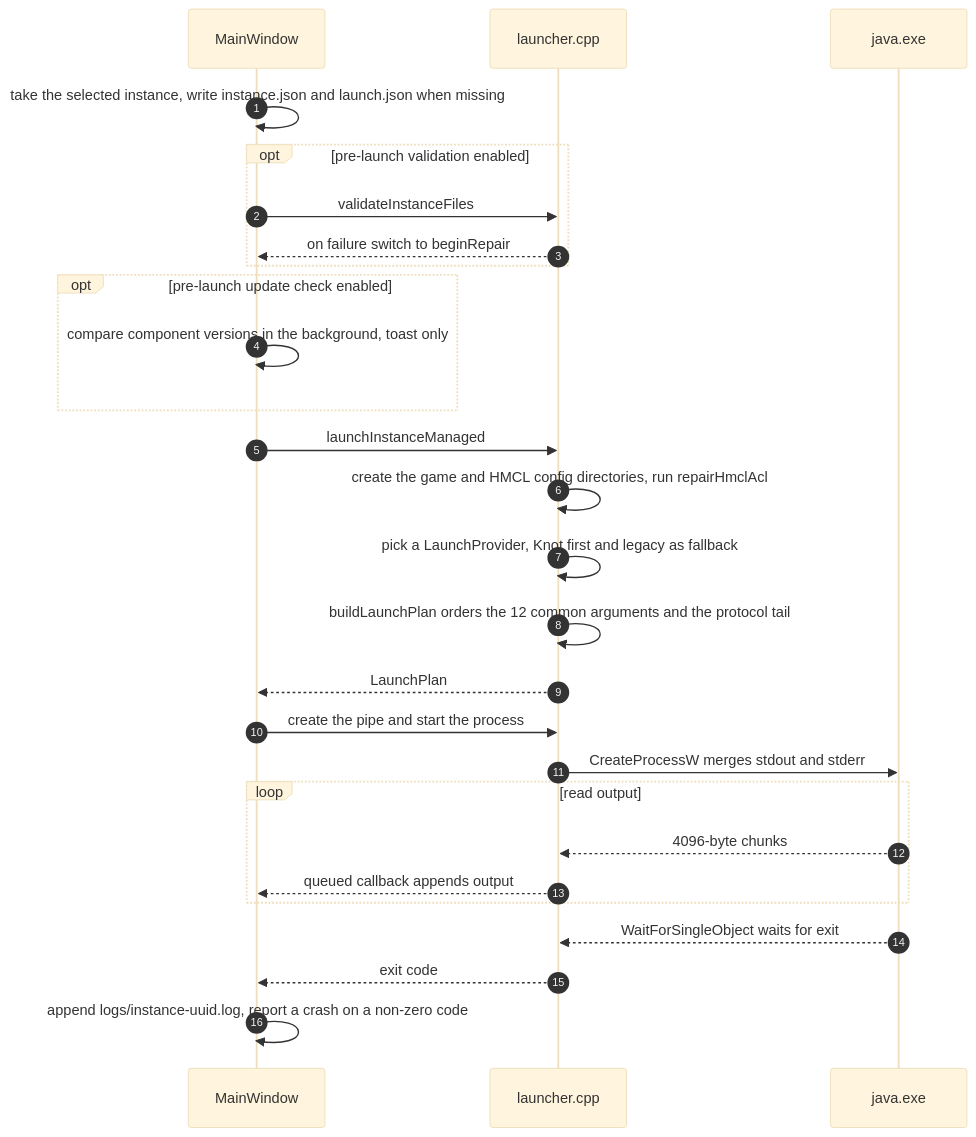
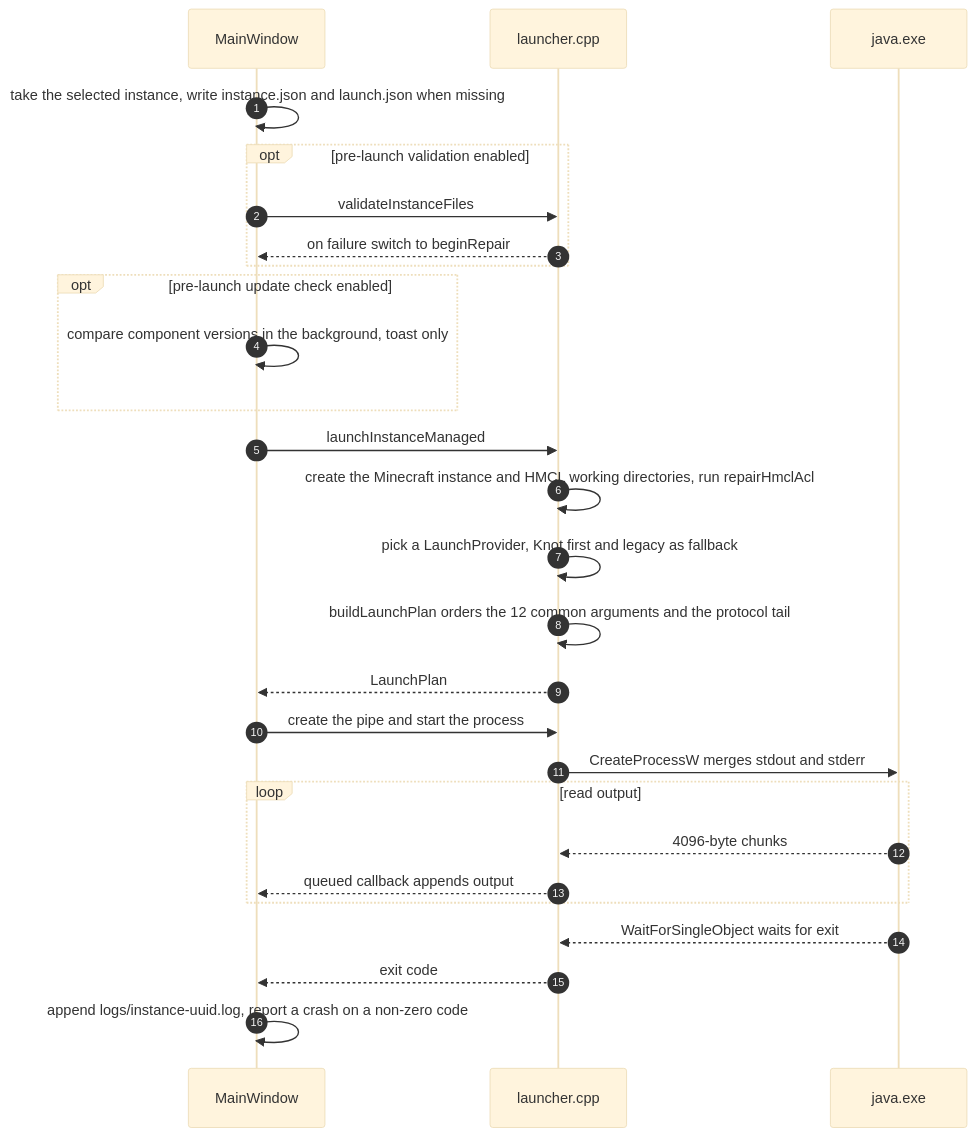
Before and after one commit to HiBer2007/FLFHMCLauncher: the seventh of 12 diagrams in docs/en/developers/flfhmlauncher/index.mdx, drawn with Mermaid (base theme). The commit also changed other lines of this file and 9 other files, not shown here.

First line of the commit message:
fix(launcher): use .hmcl as Fabric GameDir for HMCL

````diff
--- a/docs/en/developers/flfhmlauncher/index.mdx
+++ b/docs/en/developers/flfhmlauncher/index.mdx
@@ -478,29 +480,29 @@
 ```mermaid
 sequenceDiagram
     autonumber
     participant MW as MainWindow
     participant LS as launcher.cpp
     participant JV as java.exe
     MW->>MW: take the selected instance, write instance.json and launch.json when missing
     opt pre-launch validation enabled
         MW->>LS: validateInstanceFiles
         LS-->>MW: on failure switch to beginRepair
     end
     opt pre-launch update check enabled
         MW->>MW: compare component versions in the background, toast only
     end
     MW->>LS: launchInstanceManaged
-    LS->>LS: create the game and HMCL config directories, run repairHmclAcl
+    LS->>LS: create the Minecraft instance and HMCL working directories, run repairHmclAcl
     LS->>LS: pick a LaunchProvider, Knot first and legacy as fallback
     LS->>LS: buildLaunchPlan orders the 12 common arguments and the protocol tail
     LS-->>MW: LaunchPlan
     MW->>LS: create the pipe and start the process
     LS->>JV: CreateProcessW merges stdout and stderr
     loop read output
         JV-->>LS: 4096-byte chunks
         LS-->>MW: queued callback appends output
     end
     JV-->>LS: WaitForSingleObject waits for exit
     LS-->>MW: exit code
     MW->>MW: append logs/instance-uuid.log, report a crash on a non-zero code
 ```
````
